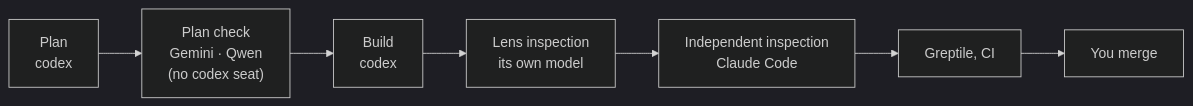
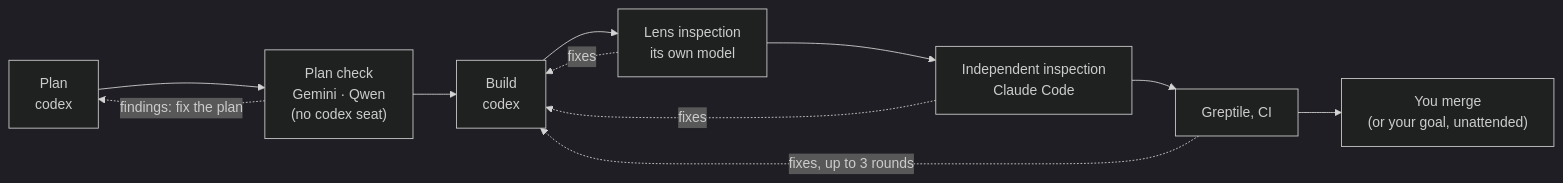
One commit to kaithoughtarchitect/toppingout changed the second of 3 diagrams in README.md. Above: the diagram before and after it, drawn with Mermaid (dark theme). The commit also changed other lines of this file and 2 other files, not shown here.

Commit message:
README: /f-setup to stay current; the master builder flows show their repair loops

````diff
--- a/README.md
+++ b/README.md
@@ -95,4 +100,8 @@
 ```mermaid
 flowchart LR
-  P["Plan<br/>codex"] --> C["Plan check<br/>Gemini · Qwen<br/>(no codex seat)"] --> B["Build<br/>codex"] --> L["Lens inspection<br/>its own model"] --> I["Independent inspection<br/>Claude Code"] --> G["Greptile, CI"] --> M["You merge"]
+  P["Plan<br/>codex"] --> C["Plan check<br/>Gemini · Qwen<br/>(no codex seat)"] --> B["Build<br/>codex"] --> L["Lens inspection<br/>its own model"] --> I["Independent inspection<br/>Claude Code"] --> G["Greptile, CI"] --> M["You merge<br/>(or your goal, unattended)"]
+  C -. "findings: fix the plan" .-> P
+  L -. "fixes" .-> B
+  I -. "fixes" .-> B
+  G -. "fixes, up to 3 rounds" .-> B
 ```
````
